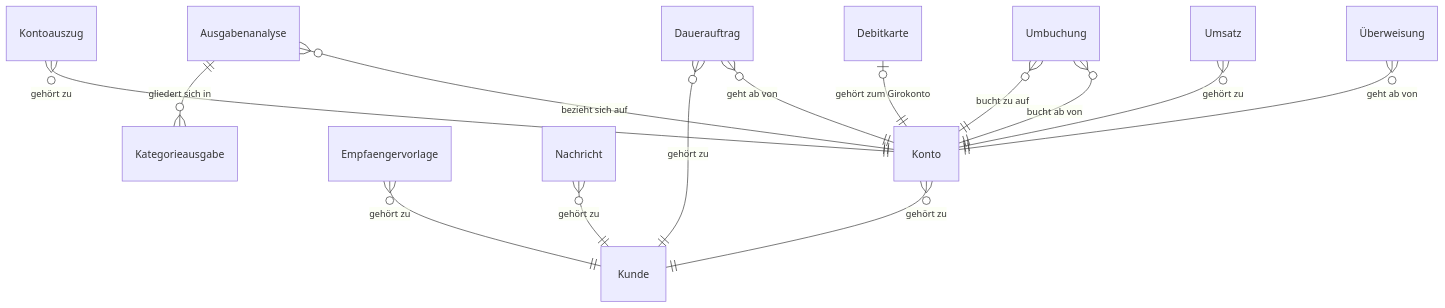
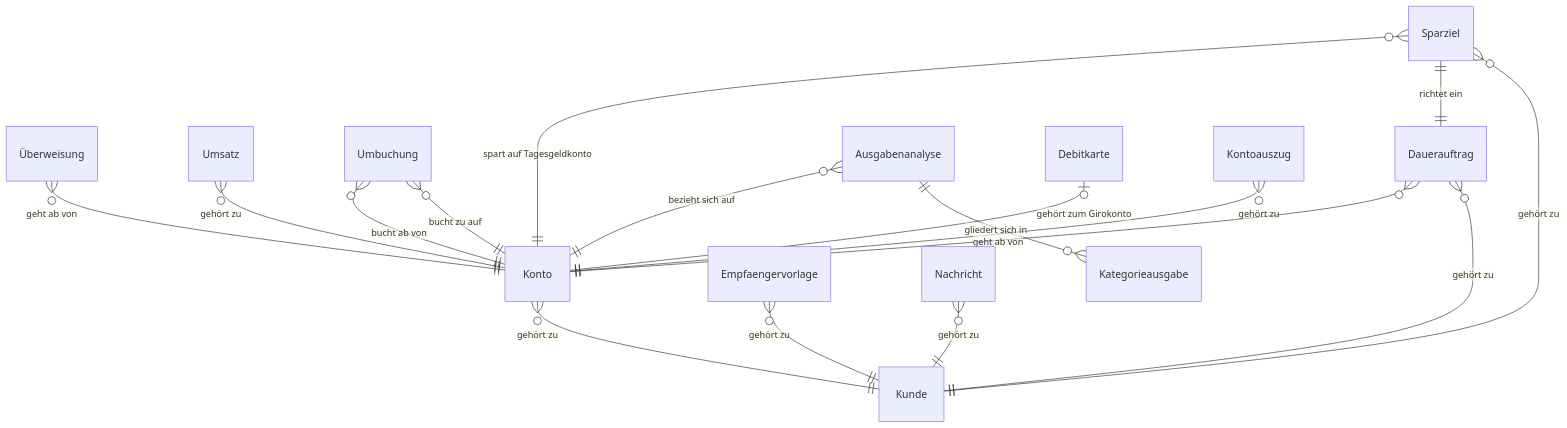
Before and after one commit to dakn85/online-banking: the diagram in docs/entity_model.md, drawn with Mermaid. The commit also changed other lines of this file and 10 other files, not shown here.

First line of the commit message:
PK-72: KI-Vorschlag übernommen: Sparziel mit monatlicher Sparrate und Dauerauftrag anlegen

````diff
--- a/docs/entity_model.md
+++ b/docs/entity_model.md
@@ -5,16 +5,19 @@
 ```mermaid
 erDiagram
     Konto }o--|| Kunde : "gehört zu"
     "Überweisung" }o--|| Konto : "geht ab von"
     Umsatz }o--|| Konto : "gehört zu"
     Empfaengervorlage }o--|| Kunde : "gehört zu"
     Umbuchung }o--|| Konto : "bucht ab von"
     Umbuchung }o--|| Konto : "bucht zu auf"
     Dauerauftrag }o--|| Konto : "geht ab von"
     Dauerauftrag }o--|| Kunde : "gehört zu"
     Nachricht }o--|| Kunde : "gehört zu"
     Ausgabenanalyse }o--|| Konto : "bezieht sich auf"
     Ausgabenanalyse ||--o{ Kategorieausgabe : "gliedert sich in"
     Debitkarte |o--|| Konto : "gehört zum Girokonto"
     Kontoauszug }o--|| Konto : "gehört zu"
+    Sparziel }o--|| Konto : "spart auf Tagesgeldkonto"
+    Sparziel ||--|| Dauerauftrag : "richtet ein"
+    Sparziel }o--|| Kunde : "gehört zu"
 ```
````
